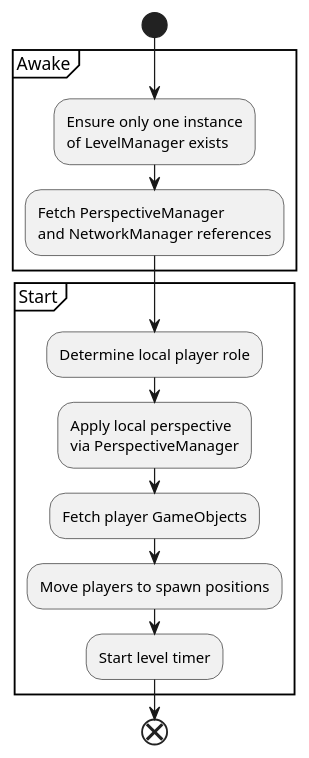
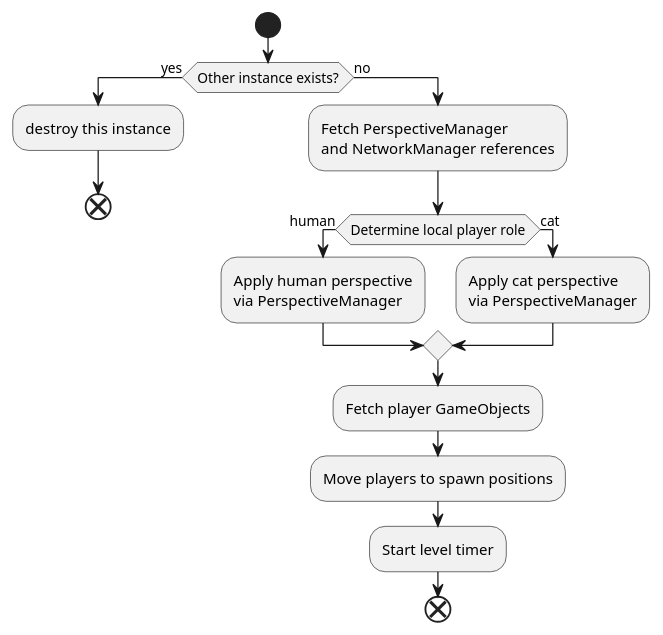
The diagram in Diagrams/Level Logic/LevelFlow.puml (Bachelor-Parallax/Parallax), drawn with PlantUML before and after one commit. The commit also changed 1 other file, not shown here.

Commit message:
level man flow diag

```diff
--- a/Diagrams/Level Logic/LevelFlow.puml
+++ b/Diagrams/Level Logic/LevelFlow.puml
@@ -1,18 +1,22 @@
 @startuml
 
 start
-partition "Awake" {
-    :Ensure only one instance\nof LevelManager exists;
-    :Fetch PerspectiveManager\nand NetworkManager references;
-}
+if (Other instance exists?) then (yes)
+    :destroy this instance;
+    end
+else (no)
 
-partition "Start" {
-    :Determine local player role;
-    :Apply local perspective\nvia PerspectiveManager;
-    :Fetch player GameObjects;
-    :Move players to spawn positions;
-    :Start level timer;
-}
+:Fetch PerspectiveManager\nand NetworkManager references;
+
+if (Determine local player role) then (human)
+    :Apply human perspective\nvia PerspectiveManager;
+else (cat)
+    :Apply cat perspective\nvia PerspectiveManager;
+endif
+
+:Fetch player GameObjects;
+:Move players to spawn positions;
+:Start level timer;
 end
 
 @enduml
```
